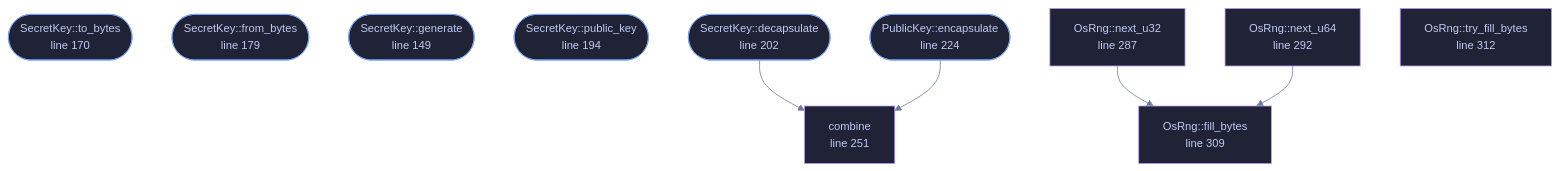
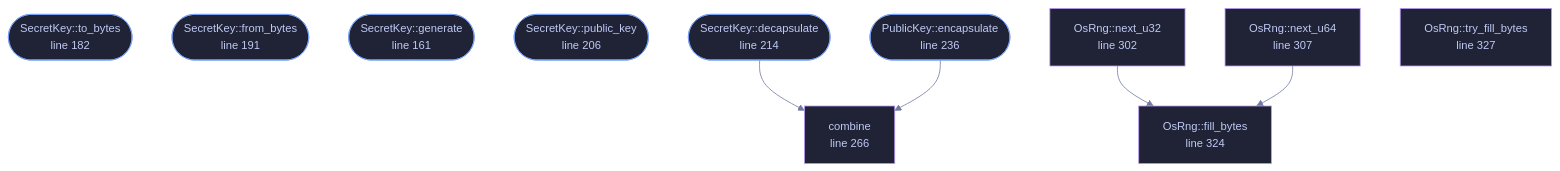
Before and after one commit to tilas01/veilvoice: the diagram in docs/files/veilvoice-crypto/hybrid.md, drawn with Mermaid. The commit also changed other lines of this file and 137 other files, not shown here.

````diff
--- a/docs/files/veilvoice-crypto/hybrid.md
+++ b/docs/files/veilvoice-crypto/hybrid.md
@@ -107,42 +119,42 @@
 ```mermaid
 %%{init: {"theme":"base","themeVariables":{"background":"#1a1b26","primaryColor":"#1f2335","primaryTextColor":"#c0caf5","primaryBorderColor":"#7aa2f7","secondaryColor":"#16161e","tertiaryColor":"#16161e","lineColor":"#737aa2","textColor":"#c0caf5","mainBkg":"#1f2335","nodeBorder":"#7aa2f7","clusterBkg":"#16161e","clusterBorder":"#2f3549","fontFamily":"ui-monospace, SFMono-Regular, Consolas, monospace","fontSize":"14px"}}}%%
 flowchart TD
-    n_to_bytes(["PublicKey::to_bytes<br/>line 99"])
-    n_from_bytes(["PublicKey::from_bytes<br/>line 107"])
-    n_to_bytes(["Encapsulation::to_bytes<br/>line 124"])
-    n_from_bytes(["Encapsulation::from_bytes<br/>line 132"])
-    n_generate(["SecretKey::generate<br/>line 149"])
-    n_to_bytes(["SecretKey::to_bytes<br/>line 170"])
-    n_from_bytes(["SecretKey::from_bytes<br/>line 179"])
-    n_public_key(["SecretKey::public_key<br/>line 194"])
-    n_decapsulate(["SecretKey::decapsulate<br/>line 202"])
-    n_encapsulate(["PublicKey::encapsulate<br/>line 224"])
-    n_combine["combine<br/>line 251"]
-    n_next_u32["OsRng::next_u32<br/>line 287"]
-    n_next_u64["OsRng::next_u64<br/>line 292"]
-    n_fill_bytes["OsRng::fill_bytes<br/>line 309"]
-    n_try_fill_bytes["OsRng::try_fill_bytes<br/>line 312"]
+    n_to_bytes(["PublicKey::to_bytes<br/>line 111"])
+    n_from_bytes(["PublicKey::from_bytes<br/>line 119"])
+    n_to_bytes(["Encapsulation::to_bytes<br/>line 136"])
+    n_from_bytes(["Encapsulation::from_bytes<br/>line 144"])
+    n_generate(["SecretKey::generate<br/>line 161"])
+    n_to_bytes(["SecretKey::to_bytes<br/>line 182"])
+    n_from_bytes(["SecretKey::from_bytes<br/>line 191"])
+    n_public_key(["SecretKey::public_key<br/>line 206"])
+    n_decapsulate(["SecretKey::decapsulate<br/>line 214"])
+    n_encapsulate(["PublicKey::encapsulate<br/>line 236"])
+    n_combine["combine<br/>line 266"]
+    n_next_u32["OsRng::next_u32<br/>line 302"]
+    n_next_u64["OsRng::next_u64<br/>line 307"]
+    n_fill_bytes["OsRng::fill_bytes<br/>line 324"]
+    n_try_fill_bytes["OsRng::try_fill_bytes<br/>line 327"]
     n_decapsulate --> n_combine
     n_encapsulate --> n_combine
     n_next_u32 --> n_fill_bytes
     n_next_u64 --> n_fill_bytes
-    click n_to_bytes href "https://github.com/tilas01/veilvoice/blob/main/crates/veilvoice-crypto/src/hybrid.rs#L99" "open the source"
-    click n_from_bytes href "https://github.com/tilas01/veilvoice/blob/main/crates/veilvoice-crypto/src/hybrid.rs#L107" "open the source"
-    click n_to_bytes href "https://github.com/tilas01/veilvoice/blob/main/crates/veilvoice-crypto/src/hybrid.rs#L124" "open the source"
-    click n_from_bytes href "https://github.com/tilas01/veilvoice/blob/main/crates/veilvoice-crypto/src/hybrid.rs#L132" "open the source"
-    click n_generate href "https://github.com/tilas01/veilvoice/blob/main/crates/veilvoice-crypto/src/hybrid.rs#L149" "open the source"
-    click n_to_bytes href "https://github.com/tilas01/veilvoice/blob/main/crates/veilvoice-crypto/src/hybrid.rs#L170" "open the source"
-    click n_from_bytes href "https://github.com/tilas01/veilvoice/blob/main/crates/veilvoice-crypto/src/hybrid.rs#L179" "open the source"
-    click n_public_key href "https://github.com/tilas01/veilvoice/blob/main/crates/veilvoice-crypto/src/hybrid.rs#L194" "open the source"
-    click n_decapsulate href "https://github.com/tilas01/veilvoice/blob/main/crates/veilvoice-crypto/src/hybrid.rs#L202" "open the source"
-    click n_encapsulate href "https://github.com/tilas01/veilvoice/blob/main/crates/veilvoice-crypto/src/hybrid.rs#L224" "open the source"
-    click n_combine href "https://github.com/tilas01/veilvoice/blob/main/crates/veilvoice-crypto/src/hybrid.rs#L251" "open the source"
-    click n_next_u32 href "https://github.com/tilas01/veilvoice/blob/main/crates/veilvoice-crypto/src/hybrid.rs#L287" "open the source"
-    click n_next_u64 href "https://github.com/tilas01/veilvoice/blob/main/crates/veilvoice-crypto/src/hybrid.rs#L292" "open the source"
-    click n_fill_bytes href "https://github.com/tilas01/veilvoice/blob/main/crates/veilvoice-crypto/src/hybrid.rs#L309" "open the source"
-    click n_try_fill_bytes href "https://github.com/tilas01/veilvoice/blob/main/crates/veilvoice-crypto/src/hybrid.rs#L312" "open the source"
+    click n_to_bytes href "https://github.com/tilas01/veilvoice/blob/main/crates/veilvoice-crypto/src/hybrid.rs#L111" "open the source"
+    click n_from_bytes href "https://github.com/tilas01/veilvoice/blob/main/crates/veilvoice-crypto/src/hybrid.rs#L119" "open the source"
+    click n_to_bytes href "https://github.com/tilas01/veilvoice/blob/main/crates/veilvoice-crypto/src/hybrid.rs#L136" "open the source"
+    click n_from_bytes href "https://github.com/tilas01/veilvoice/blob/main/crates/veilvoice-crypto/src/hybrid.rs#L144" "open the source"
+    click n_generate href "https://github.com/tilas01/veilvoice/blob/main/crates/veilvoice-crypto/src/hybrid.rs#L161" "open the source"
+    click n_to_bytes href "https://github.com/tilas01/veilvoice/blob/main/crates/veilvoice-crypto/src/hybrid.rs#L182" "open the source"
+    click n_from_bytes href "https://github.com/tilas01/veilvoice/blob/main/crates/veilvoice-crypto/src/hybrid.rs#L191" "open the source"
+    click n_public_key href "https://github.com/tilas01/veilvoice/blob/main/crates/veilvoice-crypto/src/hybrid.rs#L206" "open the source"
+    click n_decapsulate href "https://github.com/tilas01/veilvoice/blob/main/crates/veilvoice-crypto/src/hybrid.rs#L214" "open the source"
+    click n_encapsulate href "https://github.com/tilas01/veilvoice/blob/main/crates/veilvoice-crypto/src/hybrid.rs#L236" "open the source"
+    click n_combine href "https://github.com/tilas01/veilvoice/blob/main/crates/veilvoice-crypto/src/hybrid.rs#L266" "open the source"
+    click n_next_u32 href "https://github.com/tilas01/veilvoice/blob/main/crates/veilvoice-crypto/src/hybrid.rs#L302" "open the source"
+    click n_next_u64 href "https://github.com/tilas01/veilvoice/blob/main/crates/veilvoice-crypto/src/hybrid.rs#L307" "open the source"
+    click n_fill_bytes href "https://github.com/tilas01/veilvoice/blob/main/crates/veilvoice-crypto/src/hybrid.rs#L324" "open the source"
+    click n_try_fill_bytes href "https://github.com/tilas01/veilvoice/blob/main/crates/veilvoice-crypto/src/hybrid.rs#L327" "open the source"
     classDef entry fill:#1f2335,stroke:#7aa2f7,color:#c0caf5
     class n_to_bytes,n_from_bytes,n_to_bytes,n_from_bytes,n_generate,n_to_bytes,n_from_bytes,n_public_key,n_decapsulate,n_encapsulate entry
     classDef helper fill:#1f2335,stroke:#bb9af7,color:#c0caf5
     class n_combine,n_next_u32,n_next_u64,n_fill_bytes,n_try_fill_bytes helper
 ```
````
